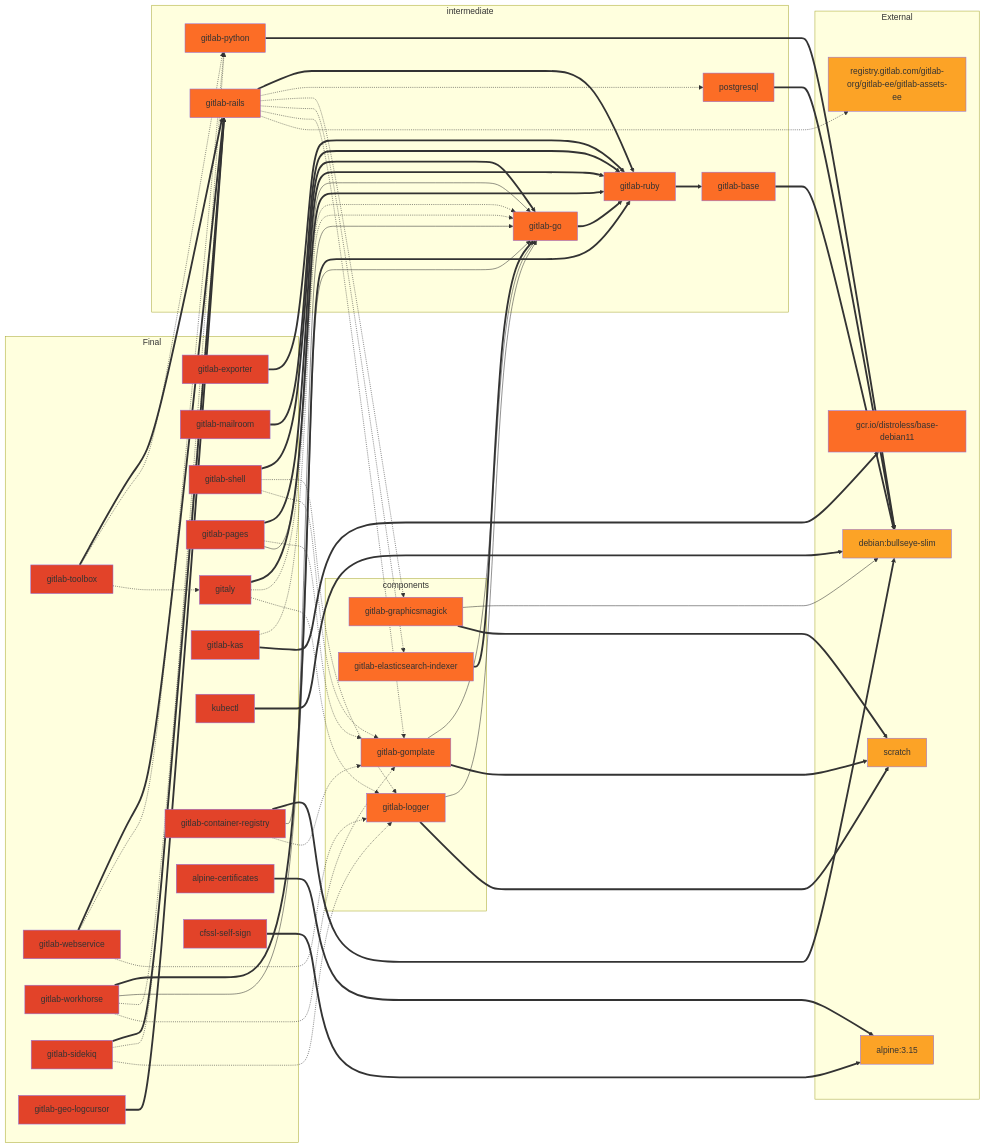
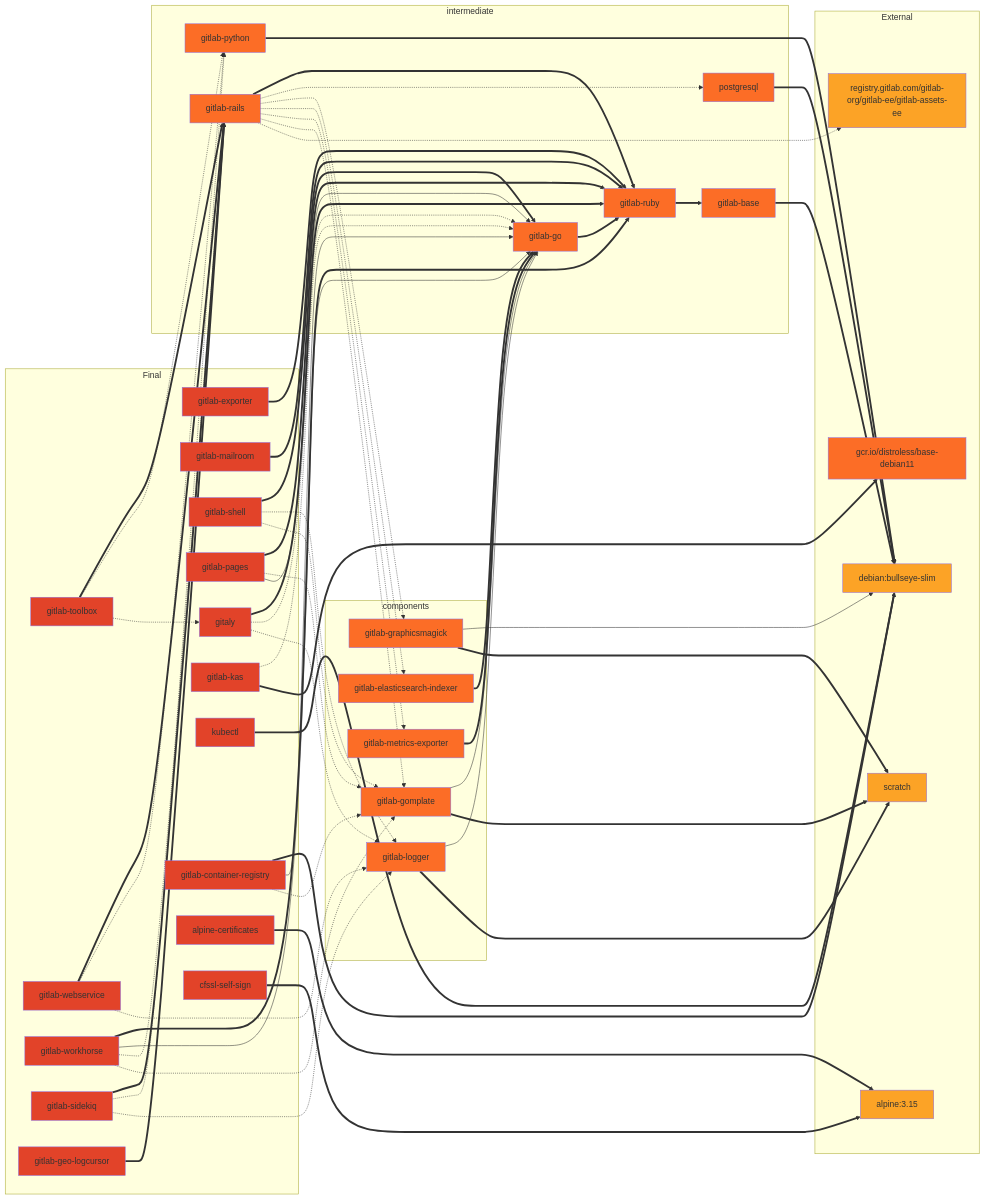
The second of 2 diagrams in docs/build.md (tachyons/gitlab-pages), drawn with Mermaid before and after one commit. The commit also changed 8 other files, not shown here.

Commit message:
Add gitlab-metrics-exporter build definitions

```diff
--- a/docs/build.md
+++ b/docs/build.md
@@ -265,6 +265,7 @@
 
   subgraph components
     gitlab-elasticsearch-indexer
+    gitlab-metrics-exporter
     gitlab-logger
     gitlab-gomplate
     gitlab-graphicsmagick
@@ -315,6 +316,7 @@
   gitlab-rails-.->postgresql;
   gitlab-rails-.->gitlab-graphicsmagick;
   gitlab-rails-.->gitlab-elasticsearch-indexer;
+  gitlab-rails-.->gitlab-metrics-exporter;
   gitlab-rails-.->gitlab-gomplate;
   gitlab-rails-.->gitlab-assets;
 
@@ -341,6 +343,7 @@
   gitlab-shell-.->gitlab-gomplate;
 
   gitlab-elasticsearch-indexer==>gitlab-go;
+  gitlab-metrics-exporter==>gitlab-go;
 
   gitaly==>gitlab-ruby;
   gitaly-.->gitlab-go;
```
